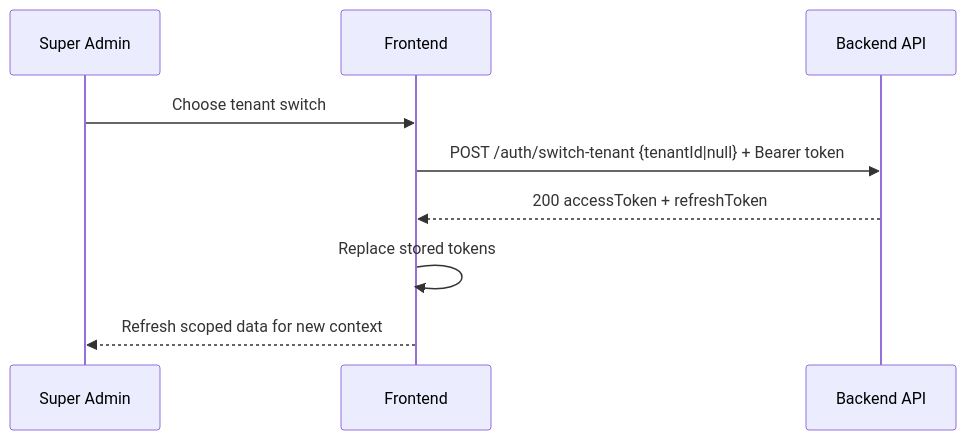
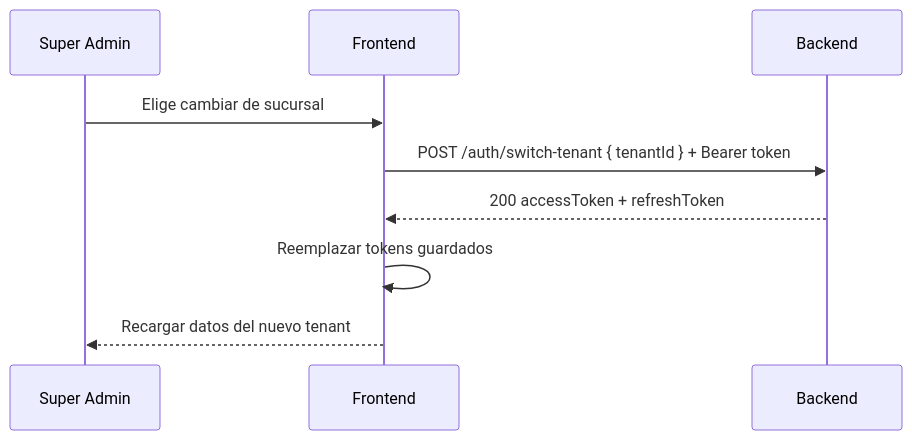
The fourth of 4 diagrams in docs/multi-tenant-api.md (ALDRICHCODE45/houndfe-backend), drawn with Mermaid before and after one commit. The commit also changed other lines of this file, not shown here.

First line of the commit message:
docs: rewrite multi-tenant frontend guide with full implementation detail

````diff
--- a/docs/multi-tenant-api.md
+++ b/docs/multi-tenant-api.md
@@ -316,12 +920,12 @@
 ```mermaid
 sequenceDiagram
   participant U as Super Admin
   participant FE as Frontend
-  participant API as Backend API
+  participant API as Backend
 
-  U->>FE: Choose tenant switch
-  FE->>API: POST /auth/switch-tenant {tenantId|null} + Bearer token
+  U->>FE: Elige cambiar de sucursal
+  FE->>API: POST /auth/switch-tenant { tenantId } + Bearer token
   API-->>FE: 200 accessToken + refreshToken
-  FE->>FE: Replace stored tokens
-  FE-->>U: Refresh scoped data for new context
+  FE->>FE: Reemplazar tokens guardados
+  FE-->>U: Recargar datos del nuevo tenant
 ```
````
